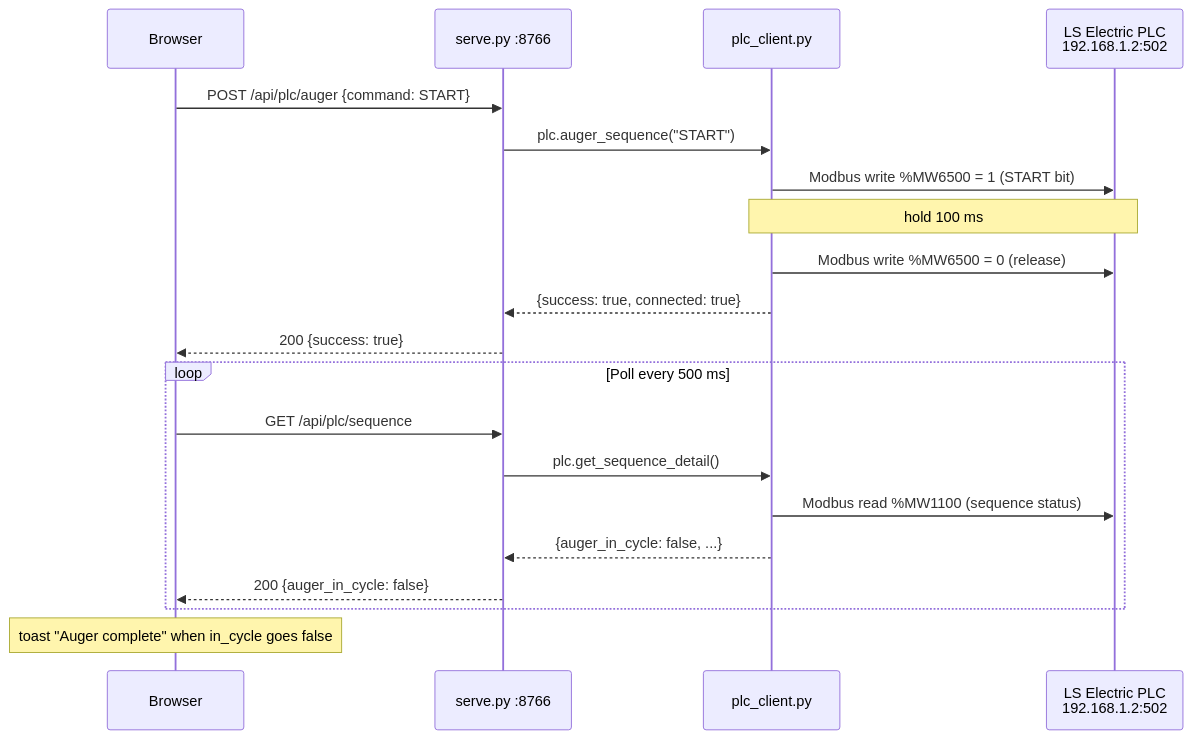
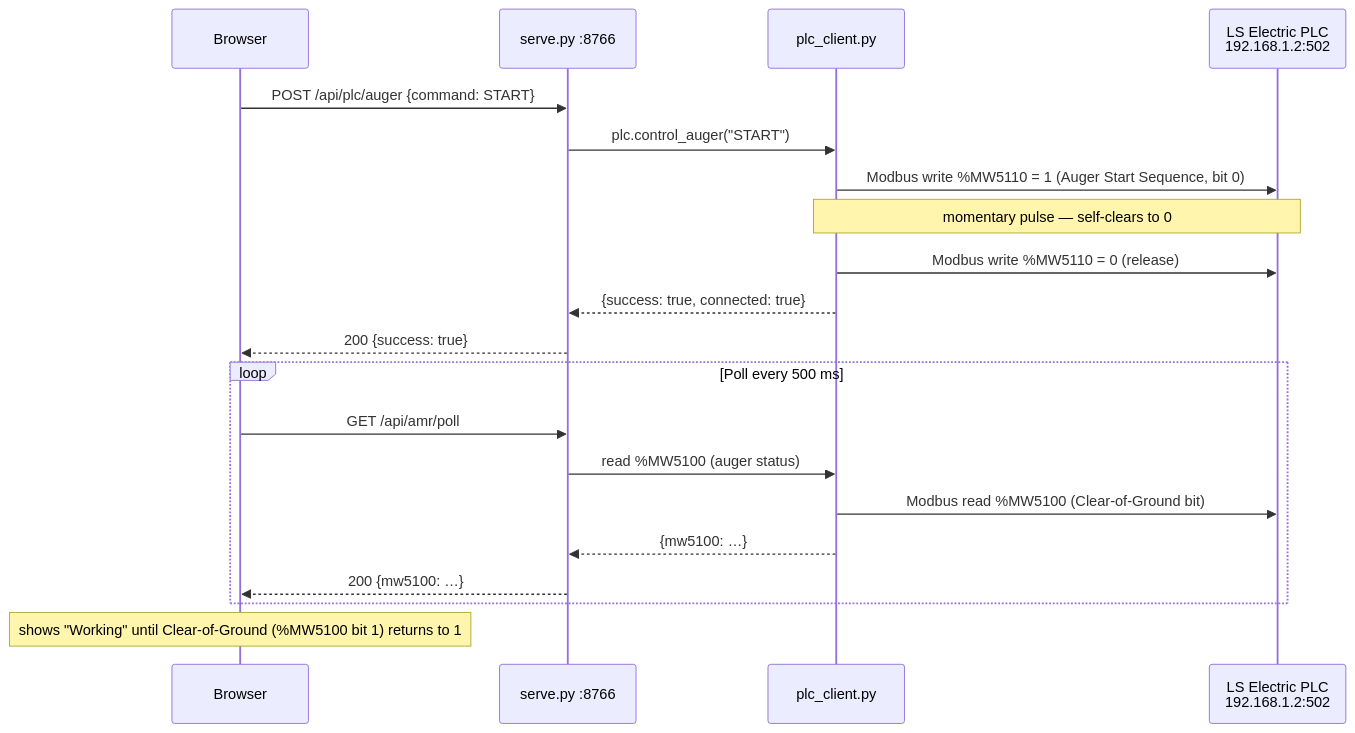
One commit to sahand2ajami/agrobot-dashboard changed the third of 6 diagrams in README.md. Above: the diagram before and after it, drawn with Mermaid. The commit also changed other lines of this file and 8 other files, not shown here.

````diff
--- a/README.md
+++ b/README.md
@@ -701,24 +716,24 @@
 ```mermaid
 sequenceDiagram
     participant B as Browser
     participant S as serve.py :8766
     participant P as plc_client.py
     participant PLC as LS Electric PLC<br/>192.168.1.2:502
 
     B->>S: POST /api/plc/auger {command: START}
-    S->>P: plc.auger_sequence("START")
-    P->>PLC: Modbus write %MW6500 = 1   (START bit)
-    Note over P,PLC: hold 100 ms
-    P->>PLC: Modbus write %MW6500 = 0   (release)
+    S->>P: plc.control_auger("START")
+    P->>PLC: Modbus write %MW5110 = 1   (Auger Start Sequence, bit 0)
+    Note over P,PLC: momentary pulse — self-clears to 0
+    P->>PLC: Modbus write %MW5110 = 0   (release)
     P-->>S: {success: true, connected: true}
     S-->>B: 200 {success: true}
 
     loop Poll every 500 ms
-        B->>S: GET /api/plc/sequence
-        S->>P: plc.get_sequence_detail()
-        P->>PLC: Modbus read %MW1100 (sequence status)
-        P-->>S: {auger_in_cycle: false, ...}
-        S-->>B: 200 {auger_in_cycle: false}
+        B->>S: GET /api/amr/poll
+        S->>P: read %MW5100 (auger status)
+        P->>PLC: Modbus read %MW5100  (Clear-of-Ground bit)
+        P-->>S: {mw5100: …}
+        S-->>B: 200 {mw5100: …}
     end
-    Note over B: toast "Auger complete" when in_cycle goes false
+    Note over B: shows "Working" until Clear-of-Ground (%MW5100 bit 1) returns to 1
 ```
````
